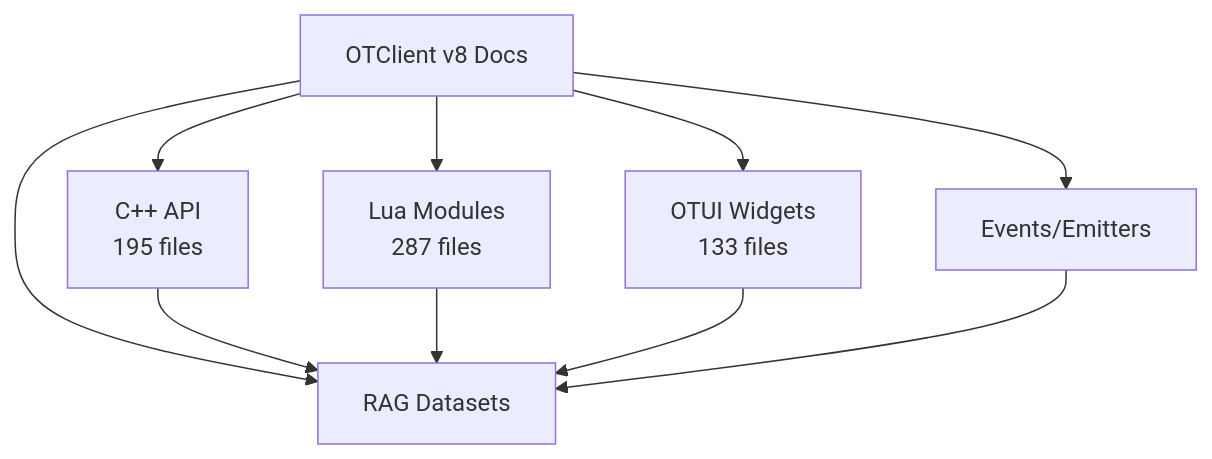
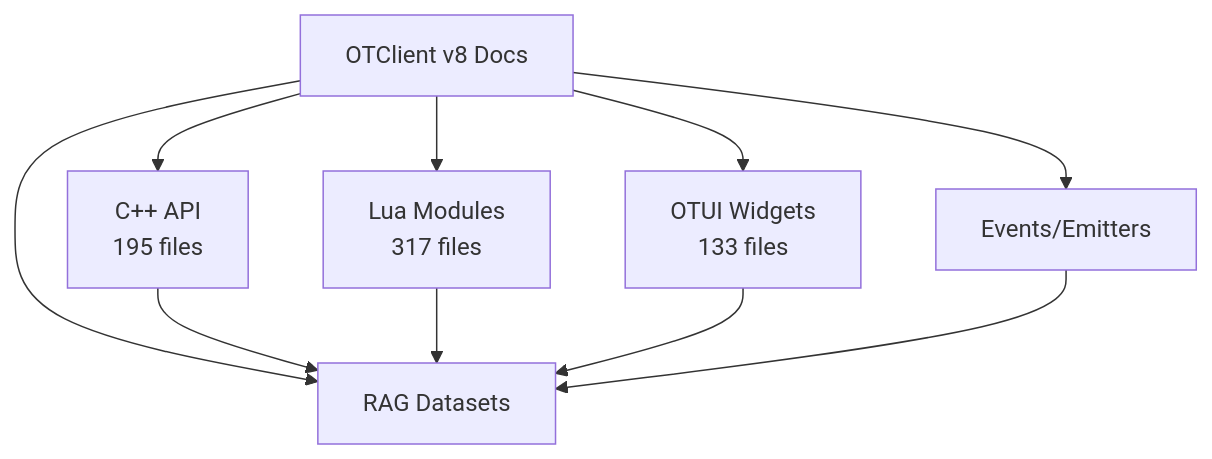
Before and after one commit to lukaszj321/otcv8-dev: the diagram in docs/reposzablony/analytics/overview.mmd, drawn with Mermaid. The commit also changed 470 other files, not shown here.

```diff
--- a/docs/reposzablony/analytics/overview.mmd
+++ b/docs/reposzablony/analytics/overview.mmd
@@ -1,18 +1,18 @@
 graph TD
     Root[OTClient v8 Docs]
     API[C++ API<br/>195 files]
-    Lua[Lua Modules<br/>287 files]
+    Lua[Lua Modules<br/>317 files]
     UI[OTUI Widgets<br/>133 files]
     Events[Events/Emitters]
     Datasets[RAG Datasets]
     
     Root --> API
     Root --> Lua
     Root --> UI
     Root --> Events
     Root --> Datasets
     
     API --> Datasets
     Lua --> Datasets
     UI --> Datasets
     Events --> Datasets
```
